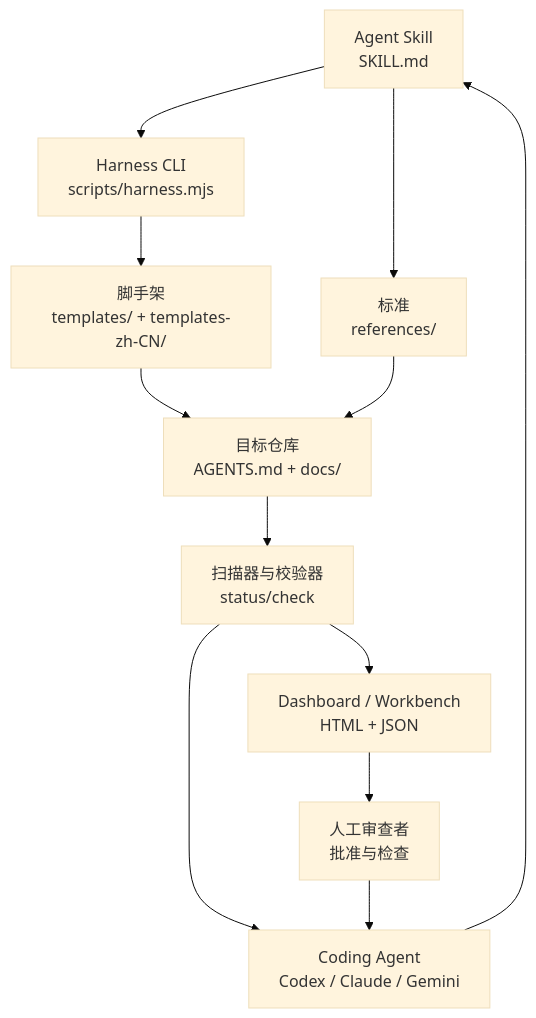
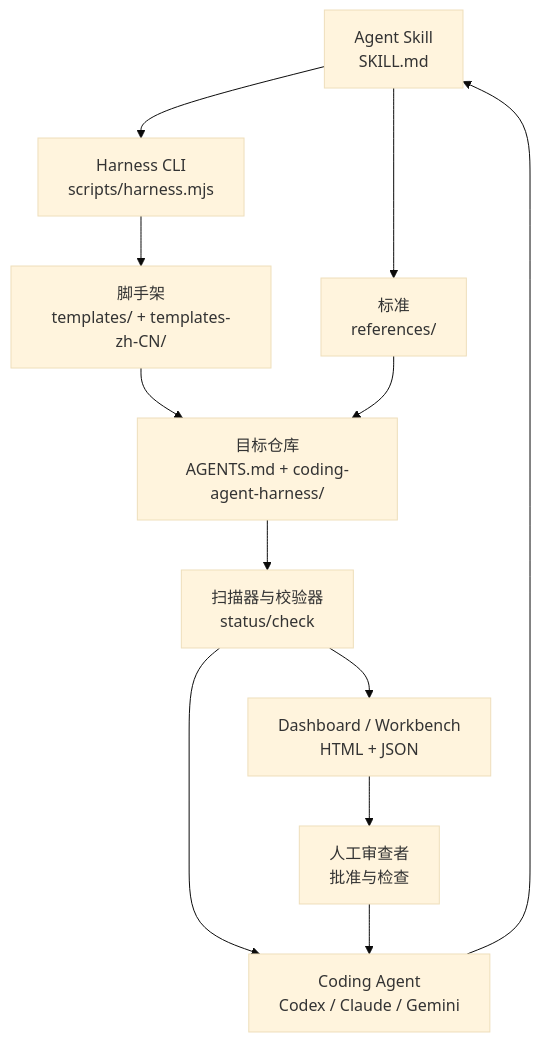
One commit to FairladyZ625/coding-agent-harness changed the second of 11 diagrams in docs-release/architecture/overview.zh-CN.md. Above: the diagram before and after it, drawn with Mermaid (base theme). The commit also changed other lines of this file and 120 other files, not shown here.

````diff
--- a/docs-release/architecture/overview.zh-CN.md
+++ b/docs-release/architecture/overview.zh-CN.md
@@ -29,24 +29,24 @@
 ```mermaid
 flowchart TB
   Skill["Agent Skill<br/>SKILL.md"]
   CLI["Harness CLI<br/>scripts/harness.mjs"]
   Standards["标准<br/>references/"]
   Templates["脚手架<br/>templates/ + templates-zh-CN/"]
-  Target["目标仓库<br/>AGENTS.md + docs/"]
+  Target["目标仓库<br/>AGENTS.md + coding-agent-harness/"]
   Scanner["扫描器与校验器<br/>status/check"]
   Dashboard["Dashboard / Workbench<br/>HTML + JSON"]
   Human["人工审查者<br/>批准与检查"]
   Agent["Coding Agent<br/>Codex / Claude / Gemini"]
 
   Agent --> Skill
   Skill --> Standards
   Skill --> CLI
   CLI --> Templates
   Templates --> Target
   Standards --> Target
   Target --> Scanner
   Scanner --> Dashboard
   Dashboard --> Human
   Scanner --> Agent
   Human --> Agent
 ```
````
